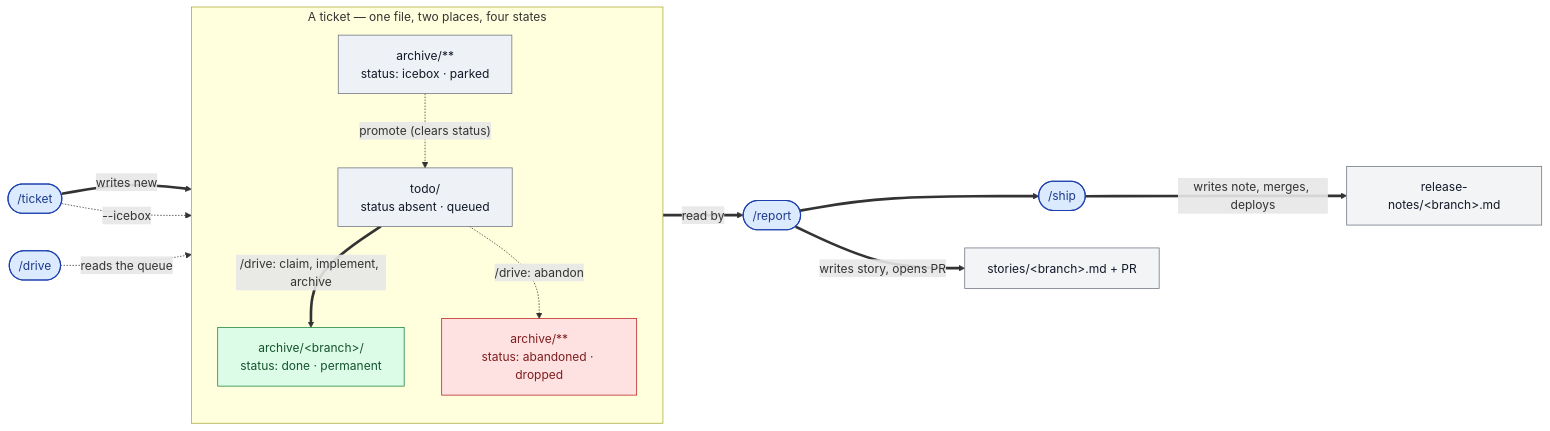
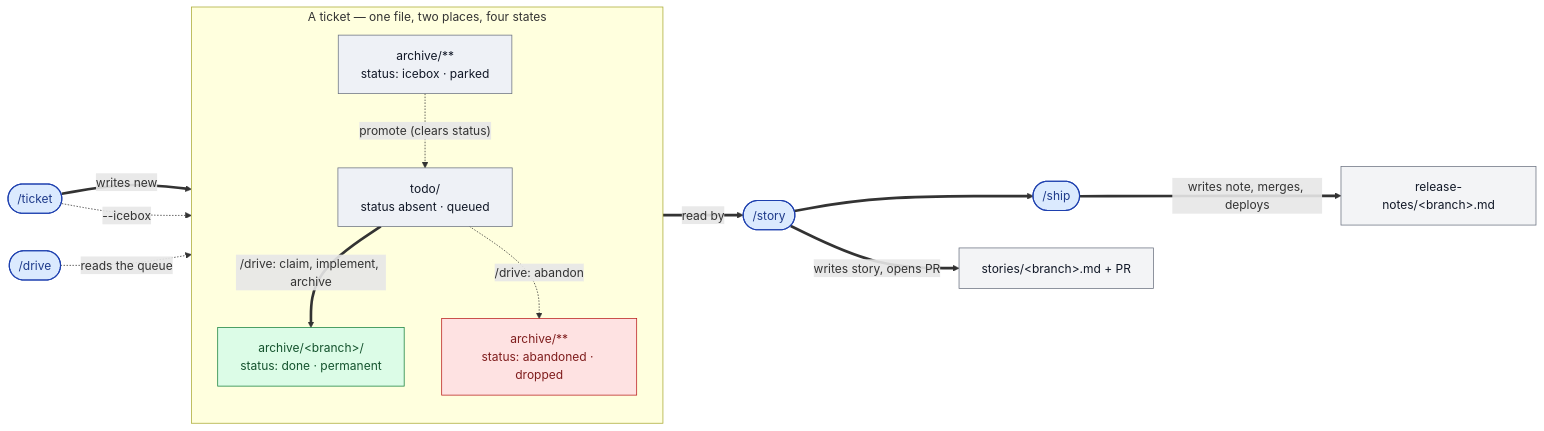
The first of 5 diagrams in README.md (qmu/workaholic), drawn with Mermaid before and after one commit. The commit also changed other lines of this file and 343 other files, not shown here.

````diff
--- a/README.md
+++ b/README.md
@@ -172,40 +172,40 @@
 ```mermaid
 flowchart LR
   ticket(["/ticket"])
   drive(["/drive"])
-  report(["/report"])
+  report(["/story"])
   ship(["/ship"])
 
   subgraph TICKET["A ticket — one file, two places, four states"]
     direction TB
     todo["todo/<br/>status absent · queued"]
     icebox["archive/**<br/>status: icebox · parked"]
     archived["archive/&lt;branch&gt;/<br/>status: done · permanent"]
     abandoned["archive/**<br/>status: abandoned · dropped"]
     icebox -.->|"promote (clears status)"| todo
     todo ==>|"/drive: claim, implement, archive"| archived
     todo -.->|"/drive: abandon"| abandoned
   end
 
   story["stories/&lt;branch&gt;.md + PR"]
   relnote["release-notes/&lt;branch&gt;.md"]
 
   ticket ==>|writes new| todo
   ticket -.->|"--icebox"| icebox
   drive -.->|reads the queue| todo
   archived ==>|read by| report
   report ==>|writes story, opens PR| story
   report ==> ship
   ship ==>|writes note, merges, deploys| relnote
 
   classDef cmd fill:#dbeafe,stroke:#1e40af,stroke-width:1.5px,color:#1e3a8a;
   classDef state fill:#eef1f6,stroke:#6b7280,color:#111827;
   classDef done fill:#dcfce7,stroke:#15803d,color:#14532d;
   classDef drop fill:#fee2e2,stroke:#b91c1c,color:#7f1d1d;
   classDef art fill:#f3f4f6,stroke:#6b7280,color:#111827;
   class ticket,drive,report,ship cmd;
   class todo,icebox state;
   class archived done;
   class abandoned drop;
   class story,relnote art;
 ```
````
